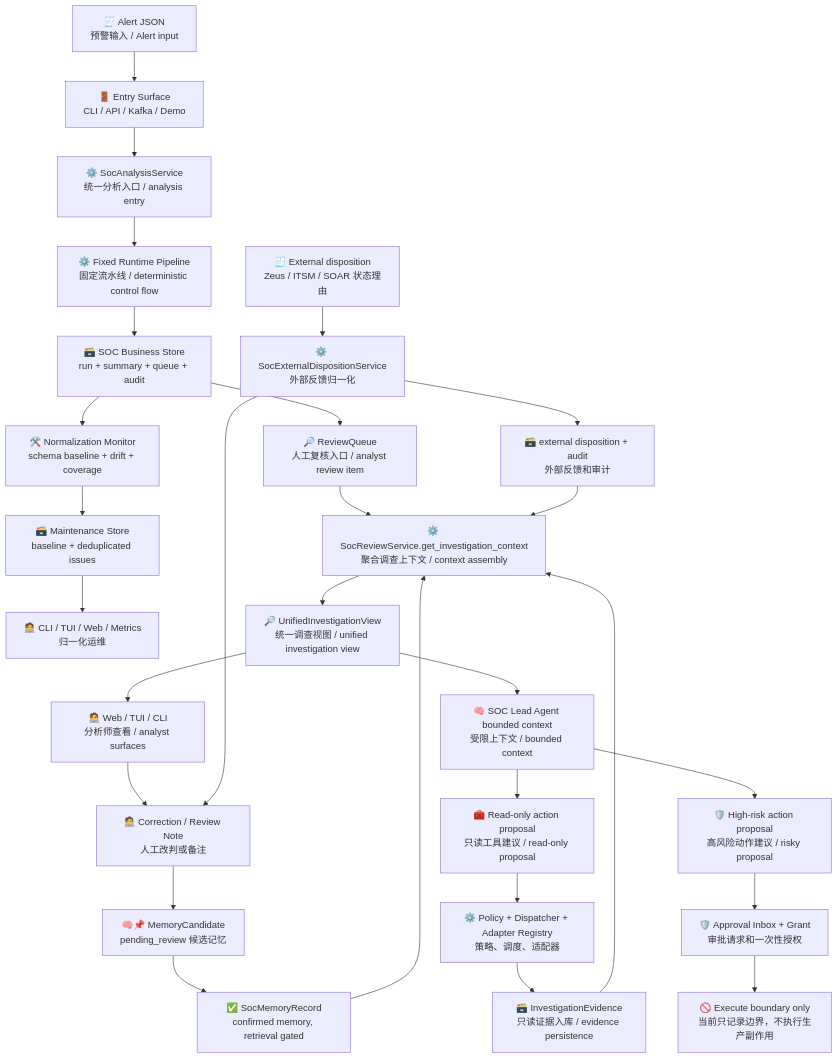
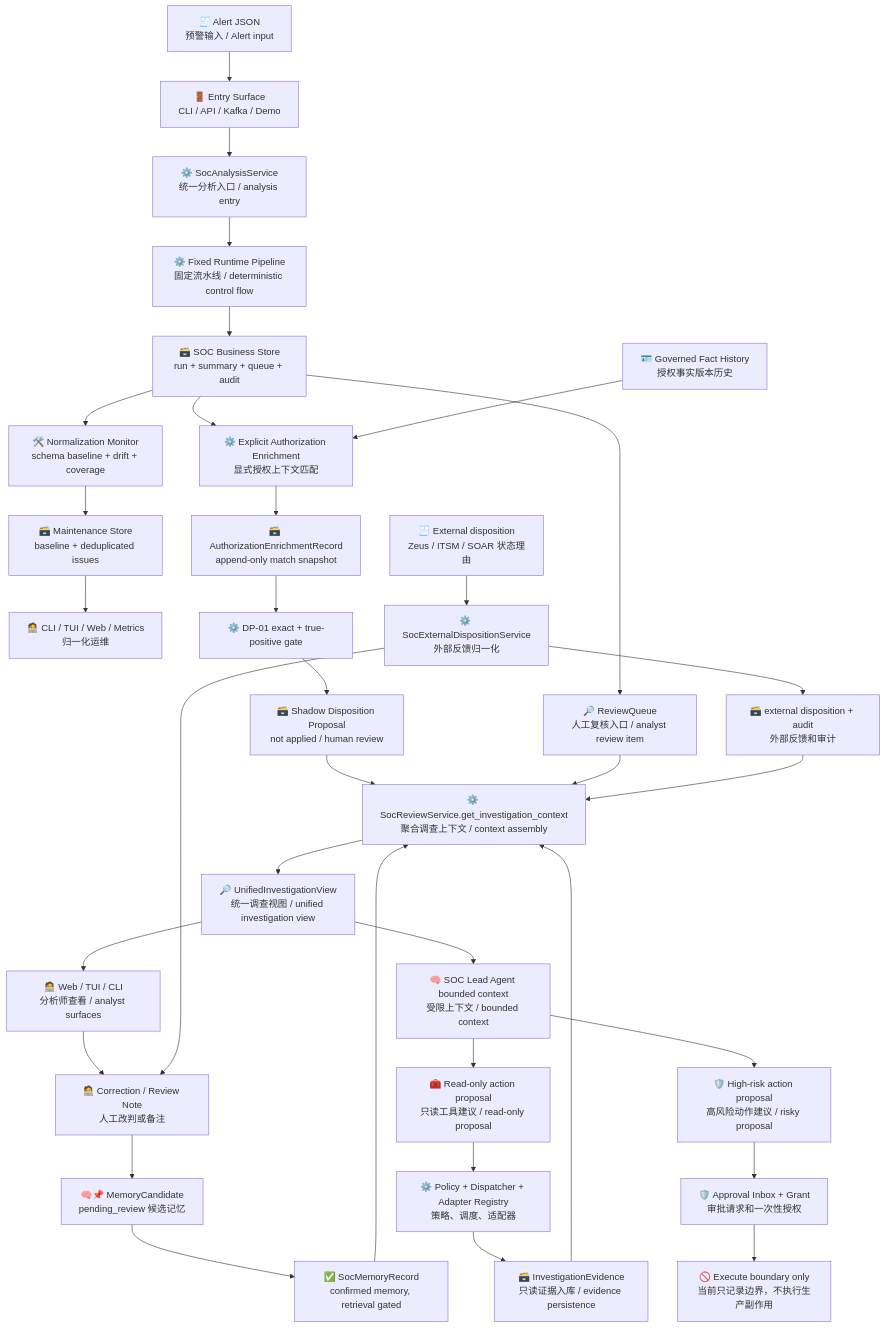
The first of 18 diagrams in .notes/ai_soc/alert-lifecycle-flow.md (yydspanda/deer-flow), drawn with Mermaid before and after one commit. The commit also changed other lines of this file and 28 other files, not shown here.

Commit message:
feat(soc): add shadow disposition proposals

````diff
--- a/.notes/ai_soc/alert-lifecycle-flow.md
+++ b/.notes/ai_soc/alert-lifecycle-flow.md
@@ -31,36 +31,42 @@
 ```mermaid
 flowchart TD
     A["🧾 Alert JSON<br/>预警输入 / Alert input"] --> B["🚪 Entry Surface<br/>CLI / API / Kafka / Demo"]
     B --> C["⚙️ SocAnalysisService<br/>统一分析入口 / analysis entry"]
     C --> D["⚙️ Fixed Runtime Pipeline<br/>固定流水线 / deterministic control flow"]
     D --> E["🗃️ SOC Business Store<br/>run + summary + queue + audit"]
     E --> W["🛠️ Normalization Monitor<br/>schema baseline + drift + coverage"]
     W --> X["🗃️ Maintenance Store<br/>baseline + deduplicated issues"]
     X --> Y["🧑‍💻 CLI / TUI / Web / Metrics<br/>归一化运维"]
 
     E --> F["🔎 ReviewQueue<br/>人工复核入口 / analyst review item"]
+    E --> Z1["⚙️ Explicit Authorization Enrichment<br/>显式授权上下文匹配"]
+    Z0["🪪 Governed Fact History<br/>授权事实版本历史"] --> Z1
+    Z1 --> Z2["🗃️ AuthorizationEnrichmentRecord<br/>append-only match snapshot"]
+    Z2 --> Z3["⚙️ DP-01 exact + true-positive gate"]
+    Z3 --> Z4["🗃️ Shadow Disposition Proposal<br/>not applied / human review"]
+    Z4 --> G
     F --> G["⚙️ SocReviewService.get_investigation_context<br/>聚合调查上下文 / context assembly"]
 
     G --> H["🔎 UnifiedInvestigationView<br/>统一调查视图 / unified investigation view"]
     H --> I["🧑‍💻 Web / TUI / CLI<br/>分析师查看 / analyst surfaces"]
     H --> J["🧠 SOC Lead Agent bounded context<br/>受限上下文 / bounded context"]
 
     J --> K["🧰 Read-only action proposal<br/>只读工具建议 / read-only proposal"]
     K --> L["⚙️ Policy + Dispatcher + Adapter Registry<br/>策略、调度、适配器"]
     L --> M["🗃️ InvestigationEvidence<br/>只读证据入库 / evidence persistence"]
     M --> G
 
     J --> N["🛡️ High-risk action proposal<br/>高风险动作建议 / risky proposal"]
     N --> O["🛡️ Approval Inbox + Grant<br/>审批请求和一次性授权"]
     O --> P["🚫 Execute boundary only<br/>当前只记录边界，不执行生产副作用"]
 
     I --> Q["🧑‍💻 Correction / Review Note<br/>人工改判或备注"]
     Q --> R["🧠📌 MemoryCandidate<br/>pending_review 候选记忆"]
     R --> S["✅ SocMemoryRecord<br/>confirmed memory, retrieval gated"]
     S --> G
 
     T["🧾 External disposition<br/>Zeus / ITSM / SOAR 状态理由"] --> U["⚙️ SocExternalDispositionService<br/>外部反馈归一化"]
     U --> V["🗃️ external disposition + audit<br/>外部反馈和审计"]
     U --> Q
     V --> G
 ```
````
